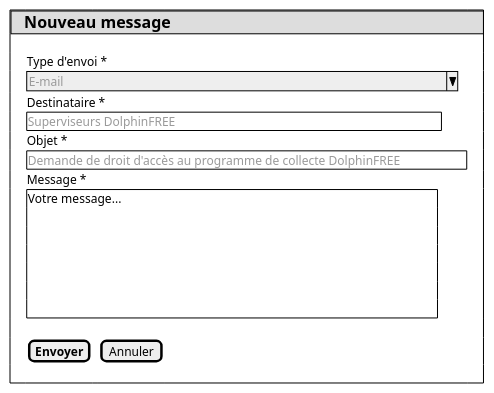
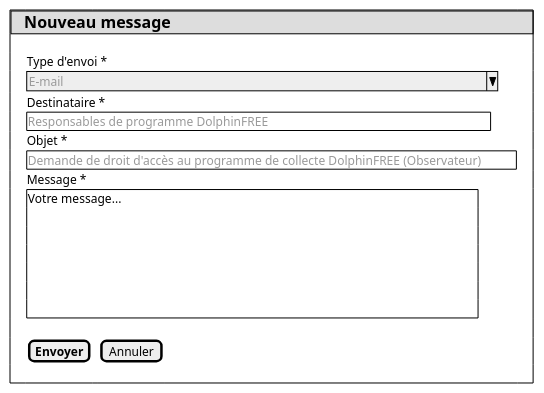
The diagram in projects/common/spe/images/program-access-rights-request-message.puml (sumaris-net/sumaris-doc), drawn with PlantUML before and after one commit. The commit also changed 8 other files, not shown here.

```diff
--- a/projects/common/spe/images/program-access-rights-request-message.puml
+++ b/projects/common/spe/images/program-access-rights-request-message.puml
@@ -1,27 +1,27 @@
 @startsalt
 {
     {+
         {* <color:dddddd> | <size:16><b>Nouveau message} | * | * | * | * | *
         . | . | . | . | . | .
         <color:ffffff>++ |  Type d'envoi * | * | * | * | <color:ffffff>++
-        . | ^<color:#9a9a9a>E-mail                                              ^ | * | * | * | .
+        . | ^<color:#9a9a9a>E-mail                                                   ^ | * | * | * | .
         . | Destinataire * | * | * | * | .
-        . | {+ <color:#9a9a9a>Superviseurs DolphinFREE                                                                                     </color> } | * | * | * | .
+        . | {+ <color:#9a9a9a>Responsables de programme DolphinFREE                                                                       </color> } | * | * | * | .
         . | Objet * | * | * | * | .
-        . | {+ <color:#9a9a9a>Demande de droit d'accès au programme de collecte DolphinFREE                     </color> } | * | * | * | .
+        . | {+ <color:#9a9a9a>Demande de droit d'accès au programme de collecte DolphinFREE (Observateur)           </color> } | * | * | * | .
         . | Message * | * | * | * | .
         . | {+
-                <size:12>Votre message...                                                                                                     </size>
+                <size:12>Votre message...                                                                                                                  </size>
                 .
                 .
                 .
                 .
                 .
                 .
             } | * | * | * | .
         . | . | . | . | . | .
         . | [<b>Envoyer] | . | [Annuler] | . | .
         . | . | . | . | . | .
     }
 }
 @endsalt
```
